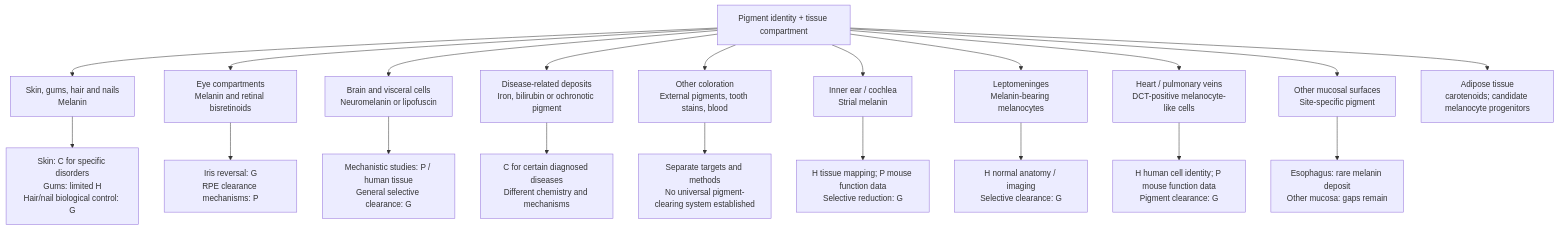
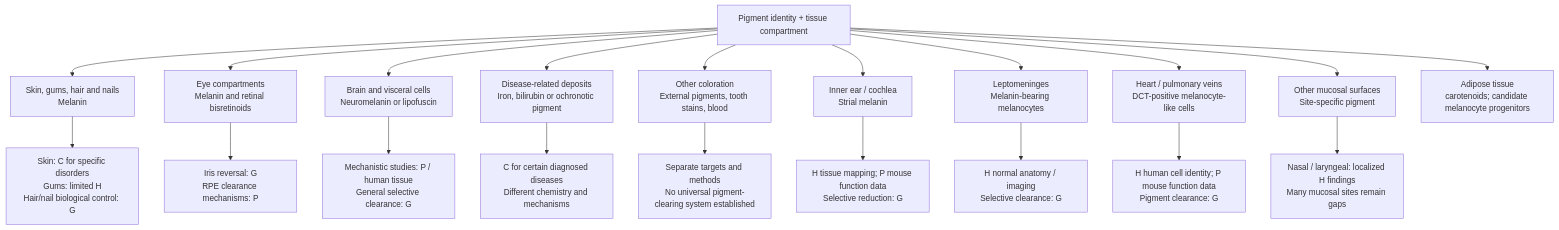
The first of 22 diagrams in research/tissue-pigment-atlas.md (dylanstechmann/iris-color-without-contacts), drawn with Mermaid before and after one commit. The commit also changed other lines of this file, not shown here.

Commit message:
Add nasal and laryngeal mucosa evidence

````diff
--- a/research/tissue-pigment-atlas.md
+++ b/research/tissue-pigment-atlas.md
@@ -23,23 +23,23 @@
 ```mermaid
 flowchart TD
     A["Pigment identity + tissue compartment"]
     A --> B["Skin, gums, hair and nails<br/>Melanin"]
     A --> C["Eye compartments<br/>Melanin and retinal bisretinoids"]
     A --> D["Brain and visceral cells<br/>Neuromelanin or lipofuscin"]
     A --> E["Disease-related deposits<br/>Iron, bilirubin or ochronotic pigment"]
     A --> F["Other coloration<br/>External pigments, tooth stains, blood"]
     A --> G["Inner ear / cochlea<br/>Strial melanin"]
     A --> H["Leptomeninges<br/>Melanin-bearing melanocytes"]
     A --> I["Heart / pulmonary veins<br/>DCT-positive melanocyte-like cells"]
     A --> J["Other mucosal surfaces<br/>Site-specific pigment"]
     A --> K["Adipose tissue<br/>carotenoids; candidate melanocyte progenitors"]
     B --> B1["Skin: C for specific disorders<br/>Gums: limited H<br/>Hair/nail biological control: G"]
     C --> C1["Iris reversal: G<br/>RPE clearance mechanisms: P"]
     D --> D1["Mechanistic studies: P / human tissue<br/>General selective clearance: G"]
     G --> G1["H tissue mapping; P mouse function data<br/>Selective reduction: G"]
     H --> H1["H normal anatomy / imaging<br/>Selective clearance: G"]
     I --> I1["H human cell identity; P mouse function data<br/>Pigment clearance: G"]
-    J --> J1["Esophagus: rare melanin deposit<br/>Other mucosa: gaps remain"]
+    J --> J1["Nasal / laryngeal: localized H findings<br/>Many mucosal sites remain gaps"]
     E --> E1["C for certain diagnosed diseases<br/>Different chemistry and mechanisms"]
     F --> F1["Separate targets and methods<br/>No universal pigment-clearing system established"]
 ```
````
